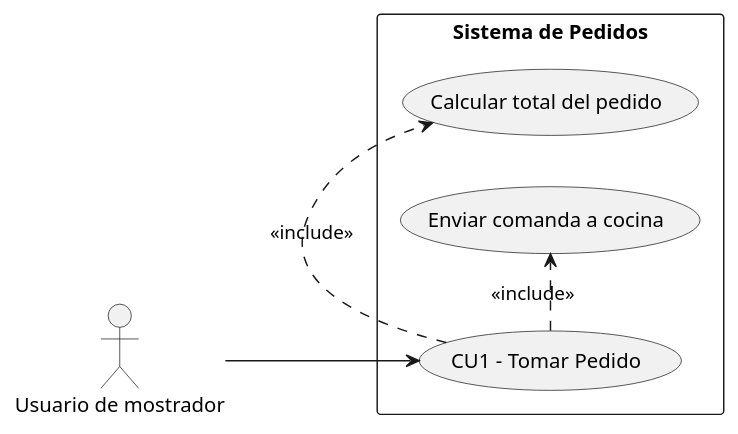
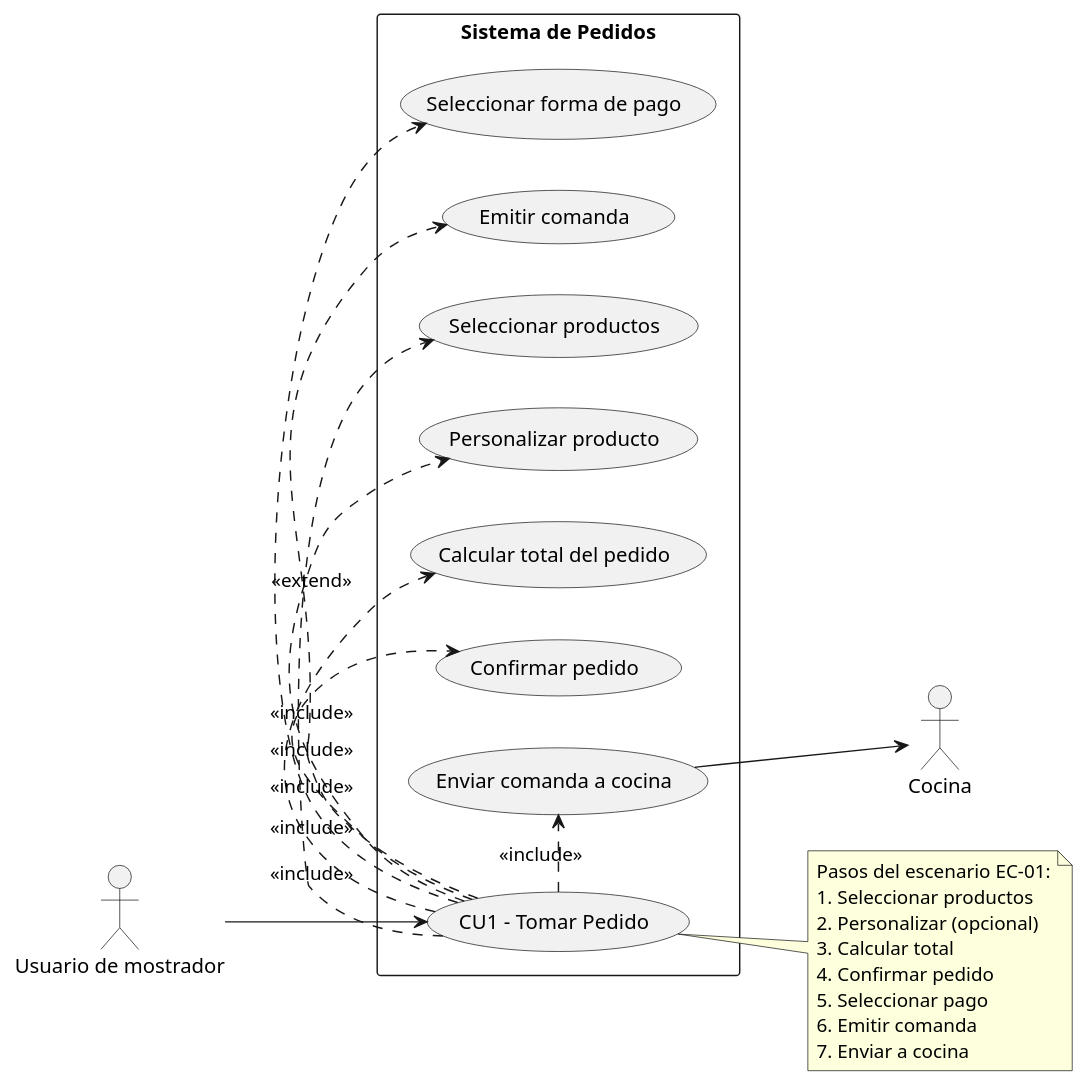
Before and after one commit to santimarM/SistemaPedidos: the diagram in diagramas/02-casos-de-uso/02-caso-uso-tomar-pedido-01.puml, drawn with PlantUML. The commit also changed 9 other files, not shown here.

Commit message:
fix: resuelve RC2 (UTF-8 en PNG) y RC3 (diagramas de casos de uso mejorados)

```diff
--- a/diagramas/02-casos-de-uso/02-caso-uso-tomar-pedido-01.puml
+++ b/diagramas/02-casos-de-uso/02-caso-uso-tomar-pedido-01.puml
@@ -1,16 +1,39 @@
 @startuml
 left to right direction
 skinparam packageStyle rectangle
 
 actor "Usuario de mostrador" as Usuario
+actor "Cocina" as Cocina
 
 rectangle "Sistema de Pedidos" {
   usecase "CU1 - Tomar Pedido" as UC1
-  usecase "Calcular total del pedido" as UC1a
-  usecase "Enviar comanda a cocina" as UC1b
+  usecase "Seleccionar productos" as UC1a
+  usecase "Personalizar producto" as UC1b
+  usecase "Calcular total del pedido" as UC1c
+  usecase "Confirmar pedido" as UC1d
+  usecase "Seleccionar forma de pago" as UC1e
+  usecase "Emitir comanda" as UC1f
+  usecase "Enviar comanda a cocina" as UC1g
 }
 
 Usuario --> UC1
 UC1 .> UC1a : <<include>>
-UC1 .> UC1b : <<include>>
+UC1 .> UC1b : <<extend>>
+UC1 .> UC1c : <<include>>
+UC1 .> UC1d : <<include>>
+UC1 .> UC1e : <<include>>
+UC1 .> UC1f : <<include>>
+UC1 .> UC1g : <<include>>
+UC1g --> Cocina
+
+note right of UC1
+  Pasos del escenario EC-01:
+  1. Seleccionar productos
+  2. Personalizar (opcional)
+  3. Calcular total
+  4. Confirmar pedido
+  5. Seleccionar pago
+  6. Emitir comanda
+  7. Enviar a cocina
+end note
 @enduml
```
